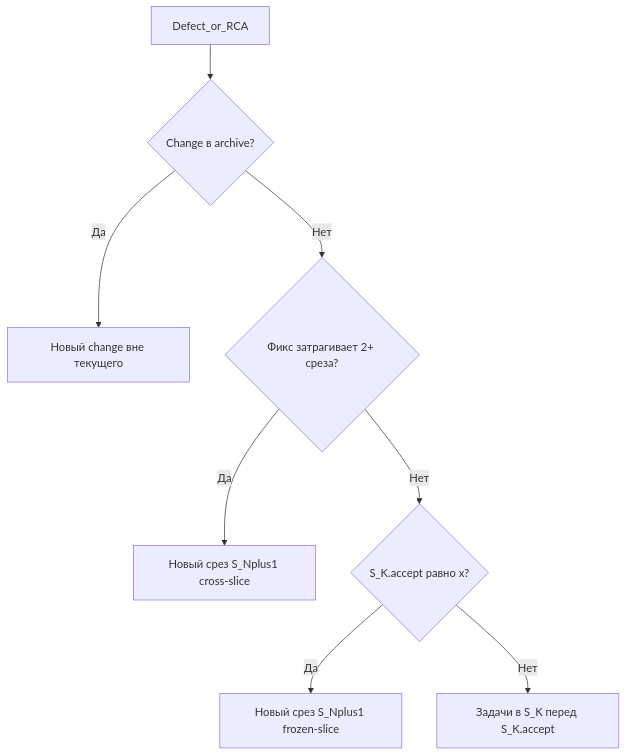
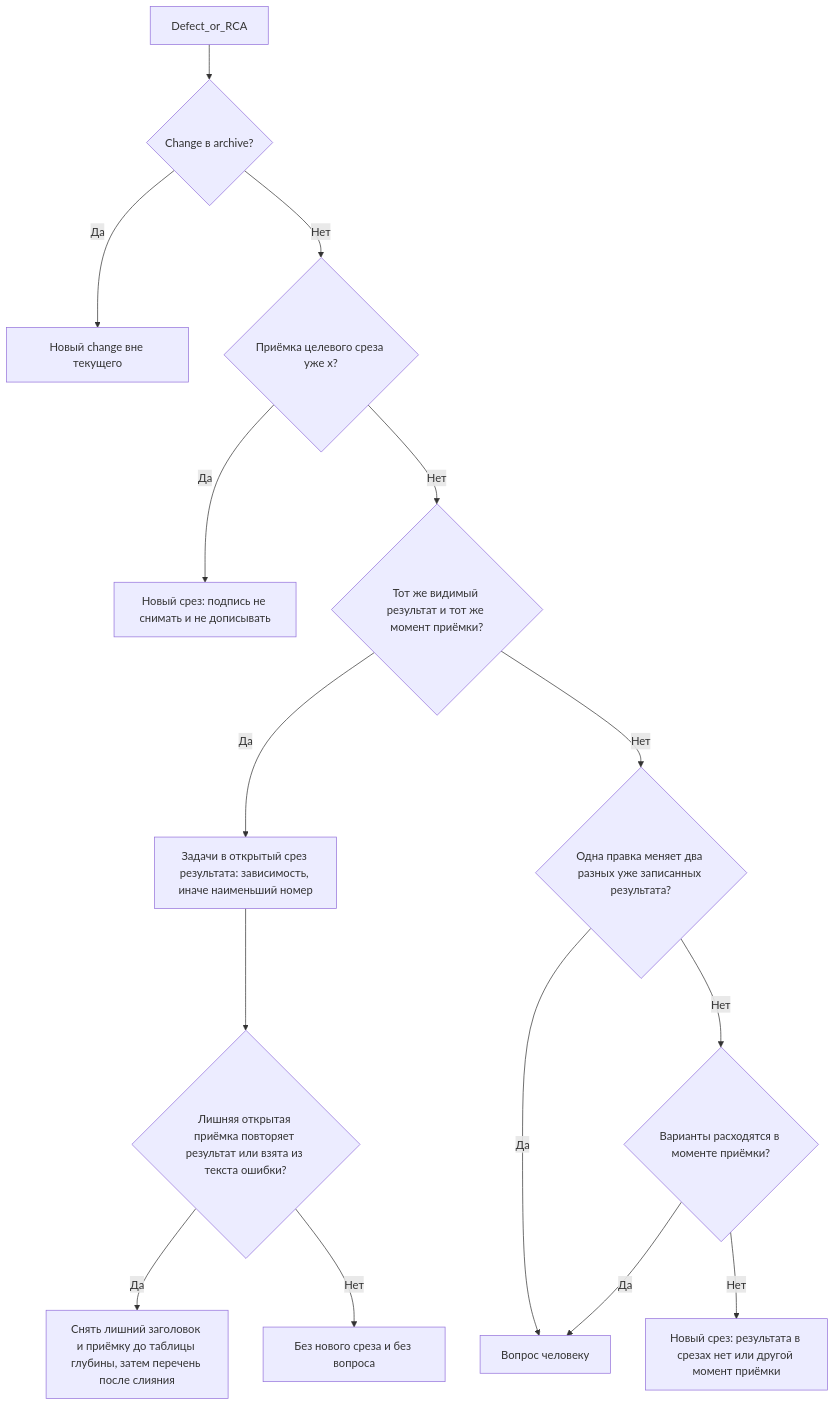
The diagram in .cursor/rules/vertical-slices.mdc (Borisov-Ivan/1c-ai-development-kit-van), drawn with Mermaid before and after one commit. The commit also changed other lines of this file and 21 other files, not shown here.

````diff
--- a/.cursor/rules/vertical-slices.mdc
+++ b/.cursor/rules/vertical-slices.mdc
@@ -368,10 +373,17 @@
 ```mermaid
 flowchart TD
   start[Defect_or_RCA] --> qArchived{"Change в archive?"}
   qArchived -- Да --> newChange["Новый change вне текущего"]
-  qArchived -- Нет --> qCross{"Фикс затрагивает 2+ среза?"}
-  qCross -- Да --> fixSliceCross["Новый срез S_Nplus1 cross-slice"]
-  qCross -- Нет --> qAccepted{"S_K.accept равно x?"}
-  qAccepted -- Да --> fixSliceFrozen["Новый срез S_Nplus1 frozen-slice"]
-  qAccepted -- Нет --> insideSlice["Задачи в S_K перед S_K.accept"]
+  qArchived -- Нет --> qSigned{"Приёмка целевого среза уже x?"}
+  qSigned -- Да --> fixFrozen["Новый срез: подпись не снимать и не дописывать"]
+  qSigned -- Нет --> qSame{"Тот же видимый результат и тот же момент приёмки?"}
+  qSame -- Да --> placeOpen["Задачи в открытый срез результата: зависимость, иначе наименьший номер"]
+  placeOpen --> qDup{"Лишняя открытая приёмка повторяет результат или взята из текста ошибки?"}
+  qDup -- Да --> mergeDrop["Снять лишний заголовок и приёмку до таблицы глубины, затем перечень после слияния"]
+  qDup -- Нет --> insideSlice["Без нового среза и без вопроса"]
+  qSame -- Нет --> qTwo{"Одна правка меняет два разных уже записанных результата?"}
+  qTwo -- Да --> askHuman["Вопрос человеку"]
+  qTwo -- Нет --> qMoment{"Варианты расходятся в моменте приёмки?"}
+  qMoment -- Да --> askHuman
+  qMoment -- Нет --> newSlice["Новый срез: результата в срезах нет или другой момент приёмки"]
 ```
````
